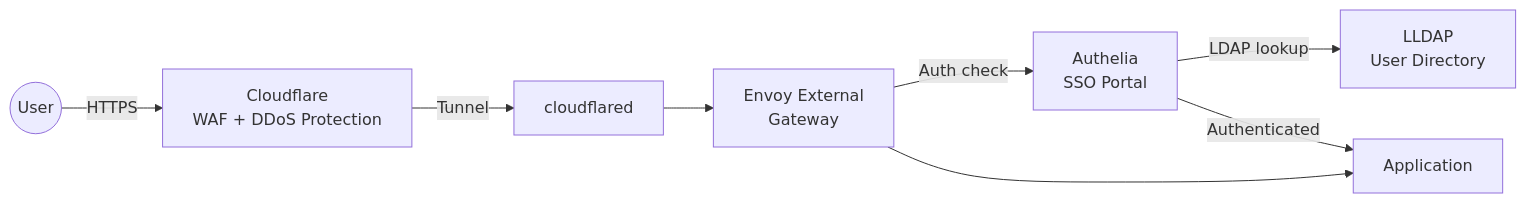
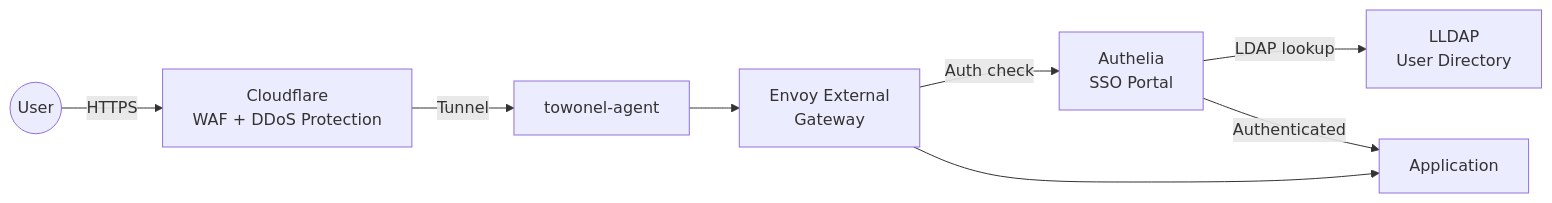
Before and after one commit to swibrow/home-ops: the first of 2 diagrams in docs/security/index.md, drawn with Mermaid. The commit also changed 28 other files, not shown here.

First line of the commit message:
feat(networking): deprecate cloudflared, towonel is the only tunnel

````diff
--- a/docs/security/index.md
+++ b/docs/security/index.md
@@ -11,10 +11,10 @@
 ```mermaid
 flowchart LR
     User((User)) -->|HTTPS| CF[Cloudflare\nWAF + DDoS Protection]
-    CF -->|Tunnel| CFL[cloudflared]
+    CF -->|Tunnel| CFL[towonel-agent]
     CFL --> EE[Envoy External\nGateway]
     EE -->|Auth check| AUTH[Authelia\nSSO Portal]
     AUTH -->|LDAP lookup| LLDAP[LLDAP\nUser Directory]
     AUTH -->|Authenticated| APP[Application]
     EE --> APP
 ```
````
